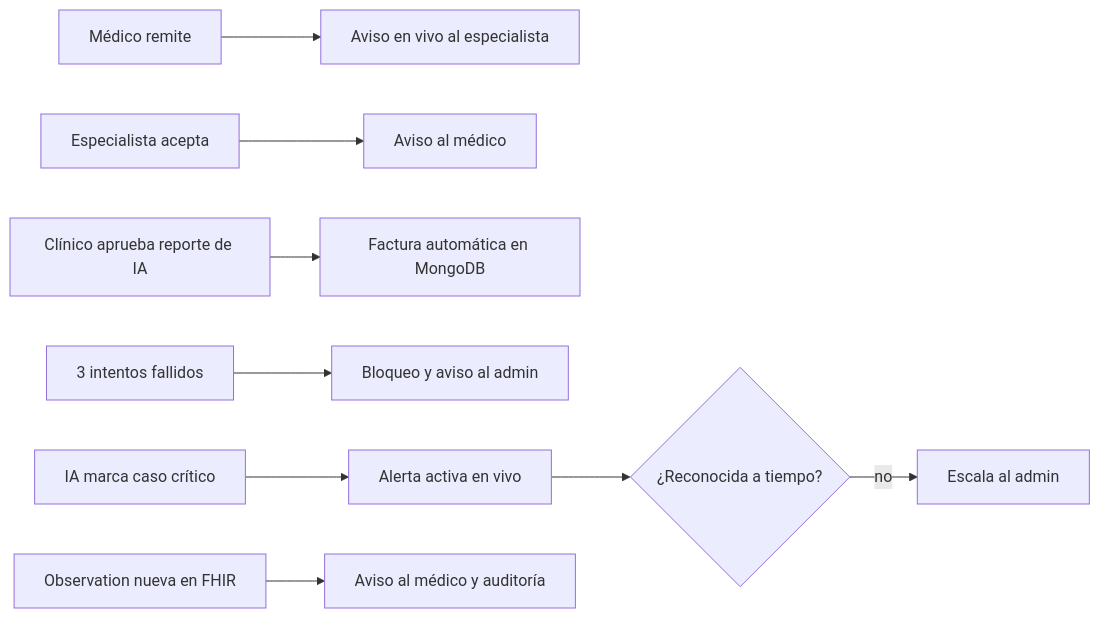
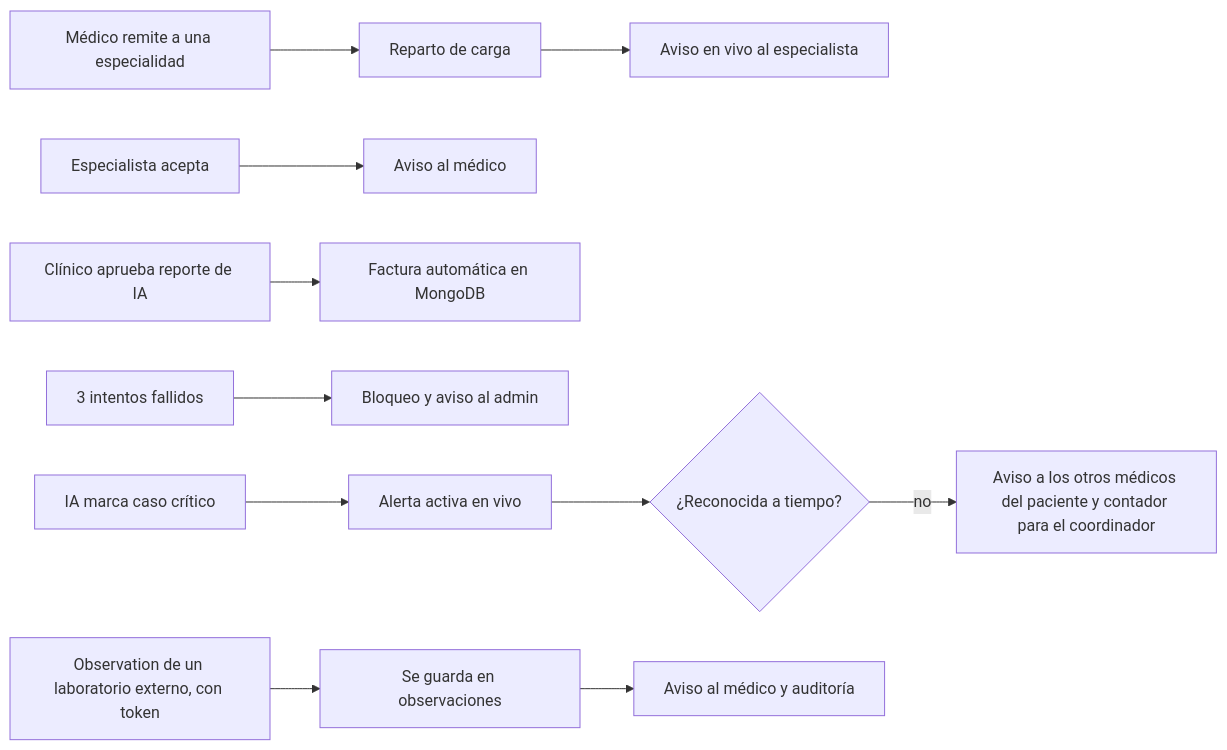
Before and after one commit to ShadowBlack33/Salud-digital-hsr: the second of 2 diagrams in README.md, drawn with Mermaid. The commit also changed 44 other files, not shown here.

````diff
--- a/README.md
+++ b/README.md
@@ -69,10 +69,10 @@
 ```mermaid
 flowchart LR
-  R[Médico remite] --> N1[Aviso en vivo al especialista]
+  R[Médico remite a una especialidad] --> RC[Reparto de carga] --> N1[Aviso en vivo al especialista]
   A[Especialista acepta] --> N2[Aviso al médico]
   AP[Clínico aprueba reporte de IA] --> F[Factura automática en MongoDB]
   B[3 intentos fallidos] --> N3[Bloqueo y aviso al admin]
   C[IA marca caso crítico] --> AL[Alerta activa en vivo] --> E{¿Reconocida a tiempo?}
-  E -- no --> ES[Escala al admin]
-  O[Observation nueva en FHIR] --> N4[Aviso al médico y auditoría]
+  E -- no --> ES[Aviso a los otros médicos del paciente y contador para el coordinador]
+  O[Observation de un laboratorio externo, con token] --> G[Se guarda en observaciones] --> N4[Aviso al médico y auditoría]
 ```
````
